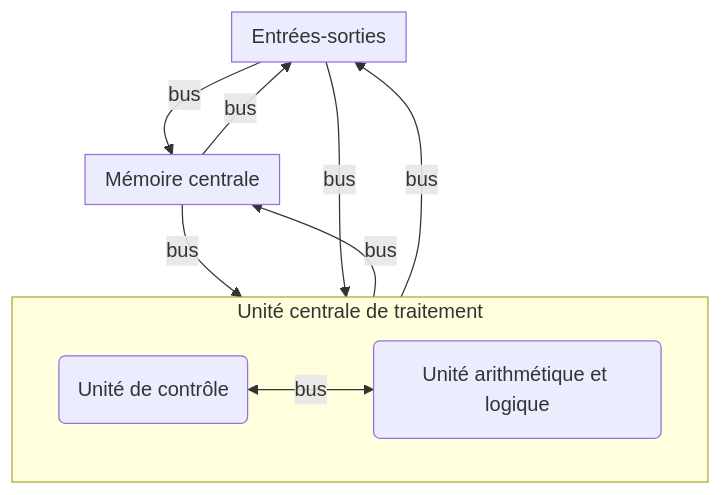
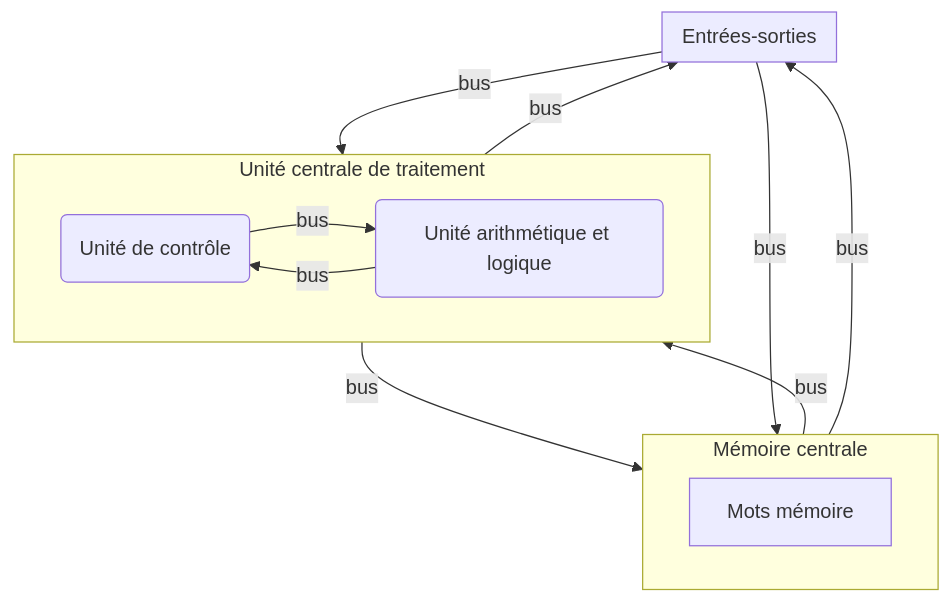
The diagram in première/Architecture_des_machines/Modèle_Von_Neumann.md (boddaert/nsi), drawn with Mermaid before and after one commit.

````diff
--- a/première/Architecture_des_machines/Modèle_Von_Neumann.md
+++ b/première/Architecture_des_machines/Modèle_Von_Neumann.md
@@ -23,19 +23,21 @@
 ```mermaid
 flowchart TB
     subgraph a["Unité centrale de traitement"]
-        b("Unité de contrôle") <-- bus --> c("Unité arithmétique et logique")
+        b("Unité de contrôle") -- bus --> c("Unité arithmétique et logique")
+        c -- bus --> b
     end
 
     subgraph d["Mémoire centrale"]
+        f["Mots mémoire"]
     end
 
     subgraph e["Entrées-sorties"]
     end
 
     a -- bus --> d
     d -- bus --> a
     a -- bus --> e
     e -- bus --> a
     e -- bus --> d
     d -- bus --> e
 ```
````
